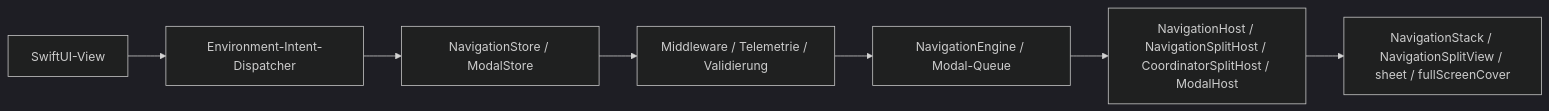
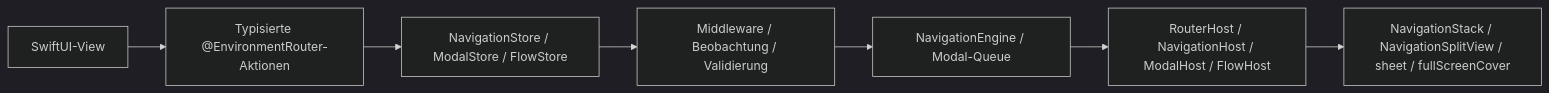
One commit to InnoSquadCorp/InnoRouter changed the first of 2 diagrams in README.de.md. Above: the diagram before and after it, drawn with Mermaid (dark theme). The commit also changed other lines of this file and 57 other files, not shown here.

````diff
--- a/README.de.md
+++ b/README.de.md
@@ -315,9 +315,9 @@
 ```mermaid
 flowchart LR
-    View["SwiftUI-View"] --> Intent["Environment-Intent-Dispatcher"]
-    Intent --> Store["NavigationStore / ModalStore"]
-    Store --> Policy["Middleware / Telemetrie / Validierung"]
+    View["SwiftUI-View"] --> Actions["Typisierte @EnvironmentRouter-Aktionen"]
+    Actions --> Store["NavigationStore / ModalStore / FlowStore"]
+    Store --> Policy["Middleware / Beobachtung / Validierung"]
     Policy --> Execution["NavigationEngine / Modal-Queue"]
-    Execution --> Host["NavigationHost / NavigationSplitHost / CoordinatorSplitHost / ModalHost"]
+    Execution --> Host["RouterHost / NavigationHost / ModalHost / FlowHost"]
     Host --> System["NavigationStack / NavigationSplitView / sheet / fullScreenCover"]
 ```
````
